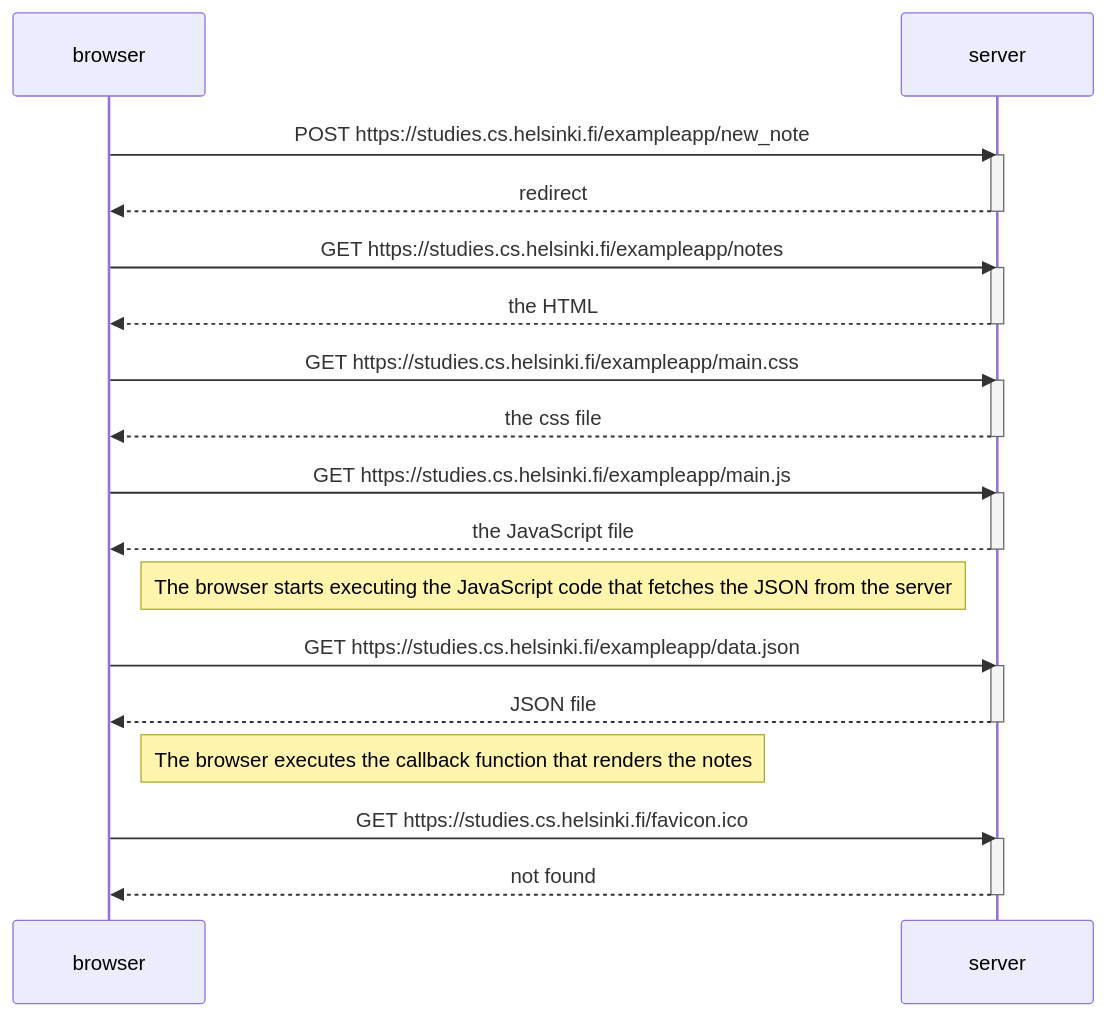
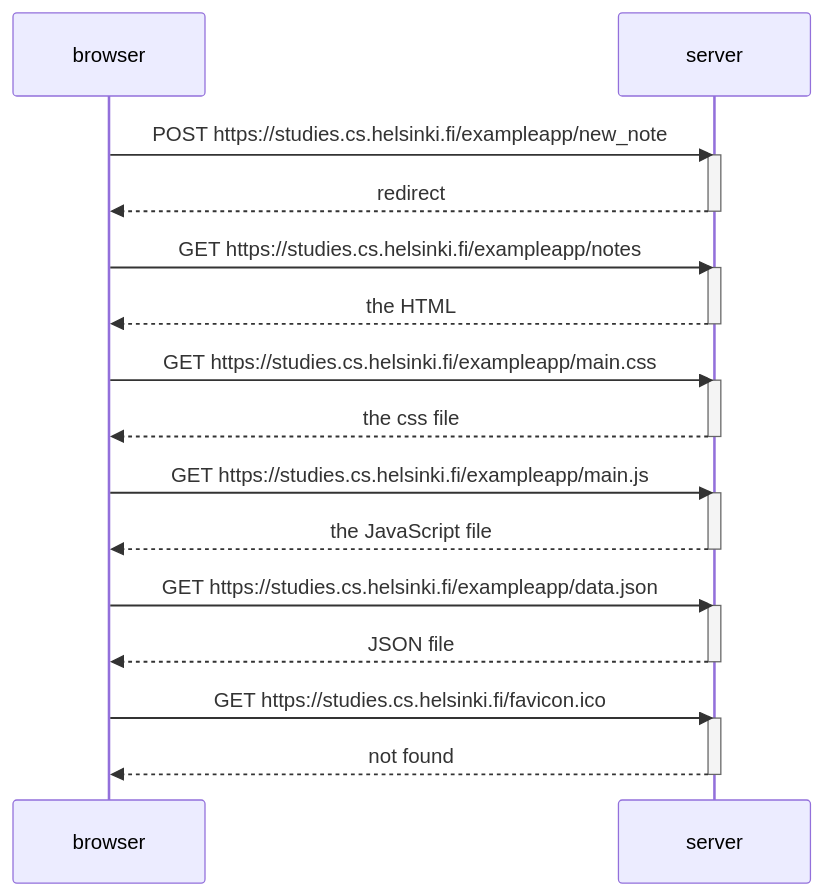
The diagram in osa0/0.4.md (tassu60kg/fullstackopen), drawn with Mermaid before and after one commit.

````diff
--- a/osa0/0.4.md
+++ b/osa0/0.4.md
@@ -1,38 +1,34 @@
 ```mermaid
 sequenceDiagram
 participant browser
 participant server
  browser->>server: POST https://studies.cs.helsinki.fi/exampleapp/new_note
     activate server
     server-->>browser: redirect
     deactivate server
 
     browser->>server: GET https://studies.cs.helsinki.fi/exampleapp/notes
     activate server
     server-->>browser: the HTML
     deactivate server
 
     browser->>server: GET https://studies.cs.helsinki.fi/exampleapp/main.css
     activate server
     server-->>browser: the css file
     deactivate server
     
     browser->>server: GET https://studies.cs.helsinki.fi/exampleapp/main.js
     activate server
     server-->>browser: the JavaScript file
     deactivate server
     
-    Note right of browser: The browser starts executing the JavaScript code that fetches the JSON from the server
-    
     browser->>server: GET https://studies.cs.helsinki.fi/exampleapp/data.json
     activate server
     server-->>browser: JSON file
     deactivate server    
-
-    Note right of browser: The browser executes the callback function that renders the notes
 
     browser->>server: GET  https://studies.cs.helsinki.fi/favicon.ico
     activate server
     server-->>browser: not found
     deactivate server    
 ```
````
